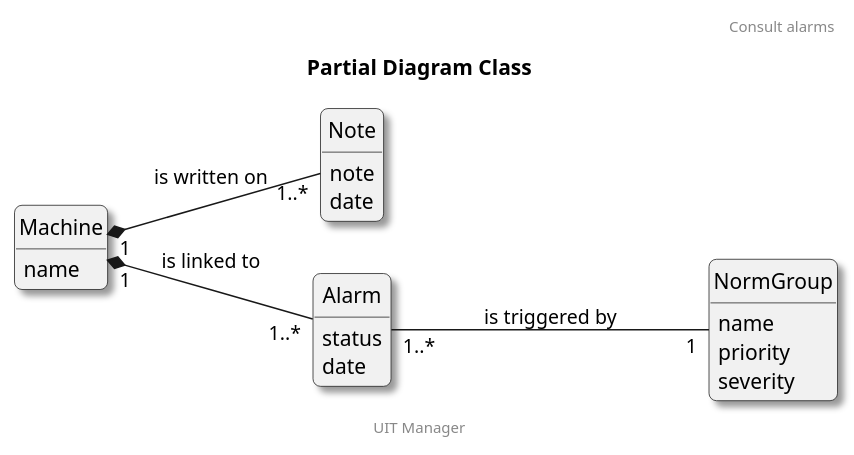
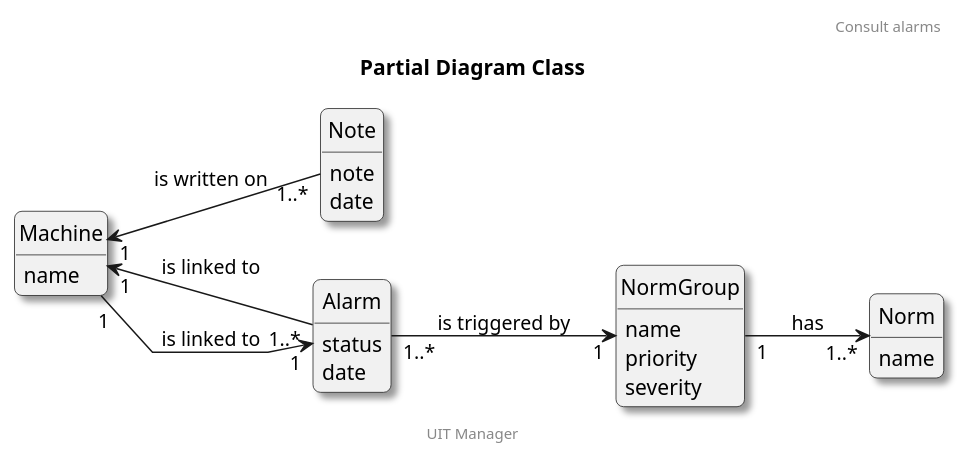
One commit to S0lth/UIT_manager changed the diagram in Doc/Diagrams/original/2_Partial_ClassDiagram_ConsultAlarms.plantuml. Above: the diagram before and after it, drawn with PlantUML. The commit also changed 1 other file, not shown here.

Commit message:
doc: class diagram consult alarm

```diff
--- a/Doc/Diagrams/original/2_Partial_ClassDiagram_ConsultAlarms.plantuml
+++ b/Doc/Diagrams/original/2_Partial_ClassDiagram_ConsultAlarms.plantuml
@@ -1,40 +1,46 @@
 @startuml
 title Partial Diagram Class 
 header Consult alarms
 footer UIT Manager
 
 skinparam monochrome true
 skinparam linetype polyline
 hide class circle
 hide class stereotype
 hide separator
 hide empty members
 skinparam shadowing true
 skinparam roundcorner 10
 left to right direction
 skinparam ArrowThickness 1.
 
 class Machine {
   name
 }
 
 class Note {
   note 
   date
 }
 
 class Alarm {
   status
   date
 }
 
 class NormGroup {
   name
   priority
   severity
 }
 
-Machine "1" *-- "1..*" Alarm : is linked to
-Machine "1" *-- "1..*" Note : is written on
-Alarm "1..*" --- "1" NormGroup : is triggered by
+class Norm {
+  name
+}
+
+Machine "1" <-- "1..*" Alarm : is linked to
+Machine "1" --> "1" Alarm : is linked to
+Machine "1" <-- "1..*" Note : is written on
+Alarm "1..*" --> "1" NormGroup : is triggered by
+NormGroup "1" --> "1..*" Norm : has
 @enduml
```
